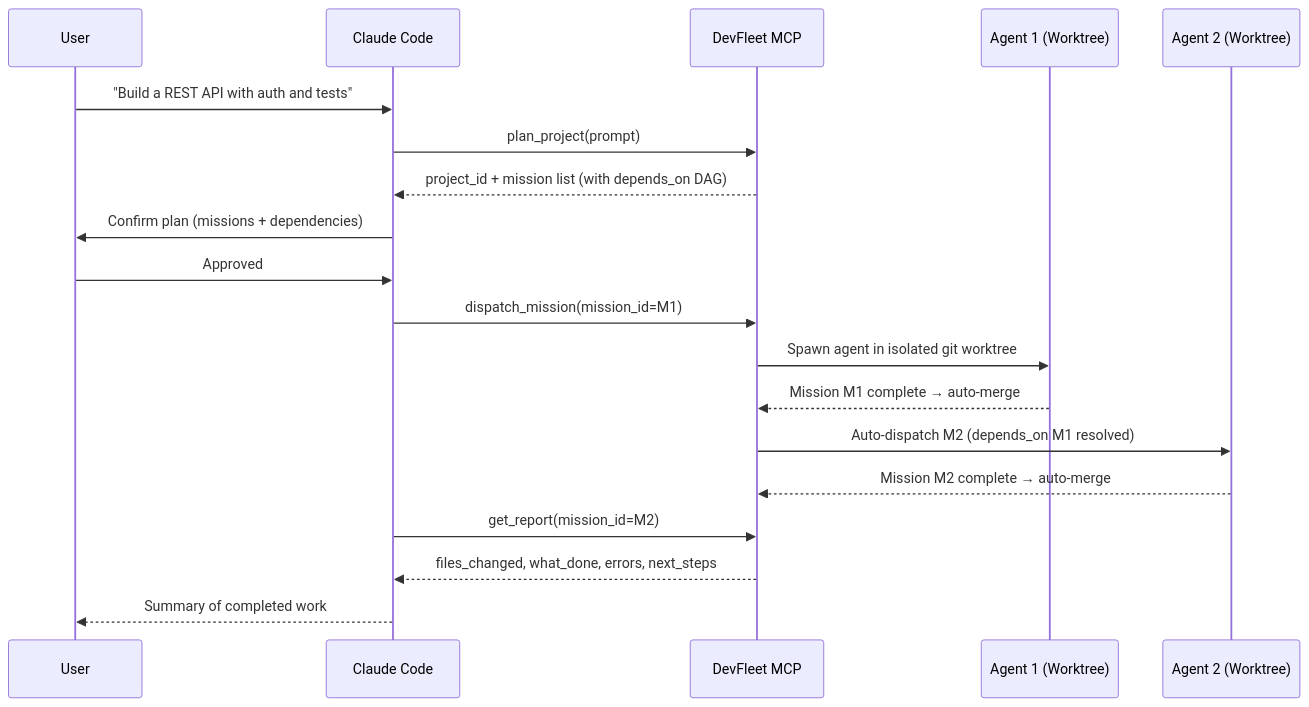
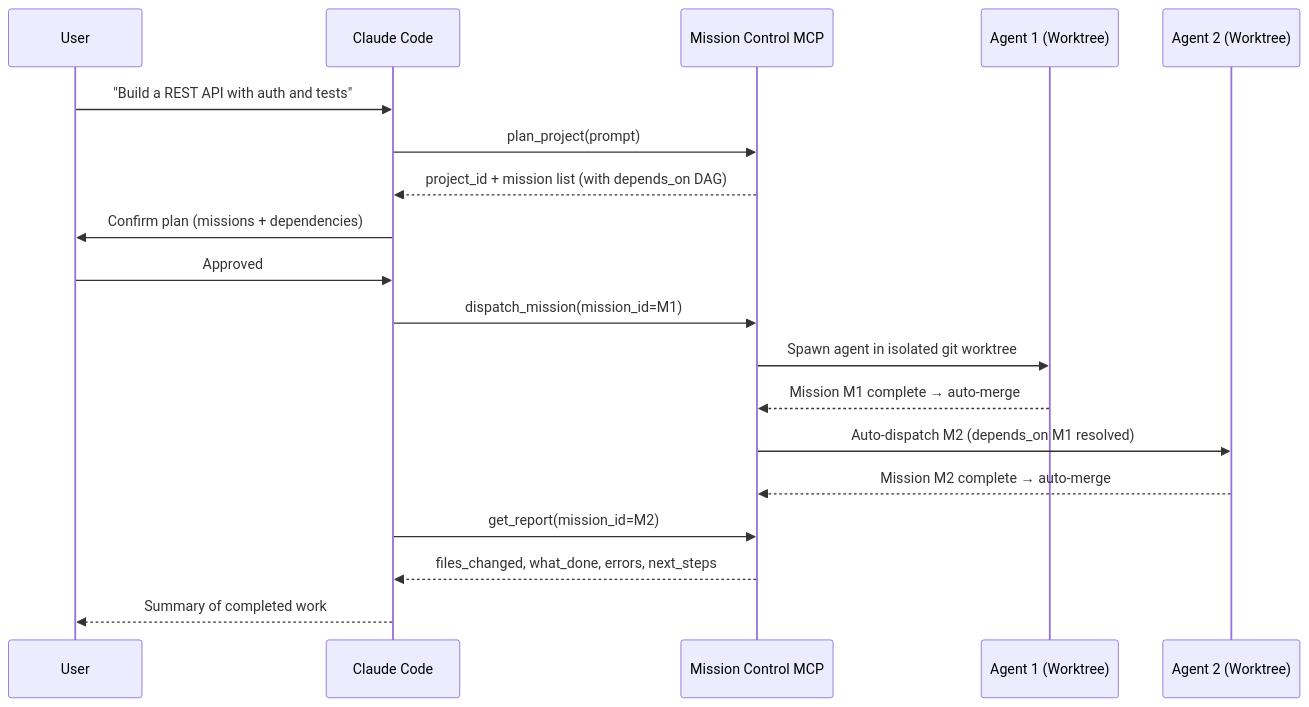
Before and after one commit to Cyvid7-Darus10/claude-mission-control: the diagram in integrations/ecc/README.md, drawn with Mermaid. The commit also changed other lines of this file and 27 other files, not shown here.

First line of the commit message:
feat: scratch rebuild — new architecture, plan, and research docs

````diff
--- a/integrations/ecc/README.md
+++ b/integrations/ecc/README.md
@@ -7,22 +7,22 @@
 ```mermaid
 sequenceDiagram
     participant U as User
     participant C as Claude Code
-    participant D as DevFleet MCP
+    participant D as Mission Control MCP
     participant A1 as Agent 1 (Worktree)
     participant A2 as Agent 2 (Worktree)
 
     U->>C: "Build a REST API with auth and tests"
     C->>D: plan_project(prompt)
     D-->>C: project_id + mission list (with depends_on DAG)
     C->>U: Confirm plan (missions + dependencies)
     U->>C: Approved
     C->>D: dispatch_mission(mission_id=M1)
     D->>A1: Spawn agent in isolated git worktree
     A1-->>D: Mission M1 complete → auto-merge
     D->>A2: Auto-dispatch M2 (depends_on M1 resolved)
     A2-->>D: Mission M2 complete → auto-merge
     C->>D: get_report(mission_id=M2)
     D-->>C: files_changed, what_done, errors, next_steps
     C-->>U: Summary of completed work
 ```
````
